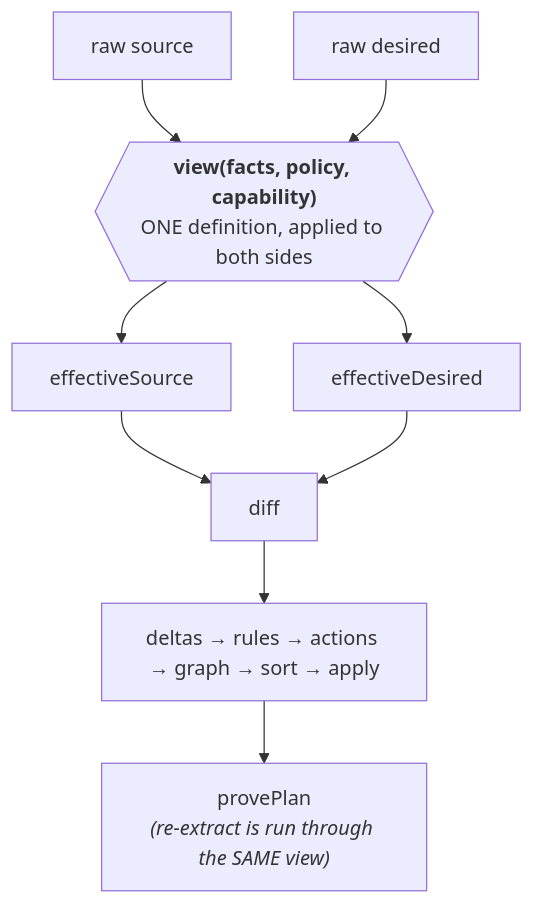
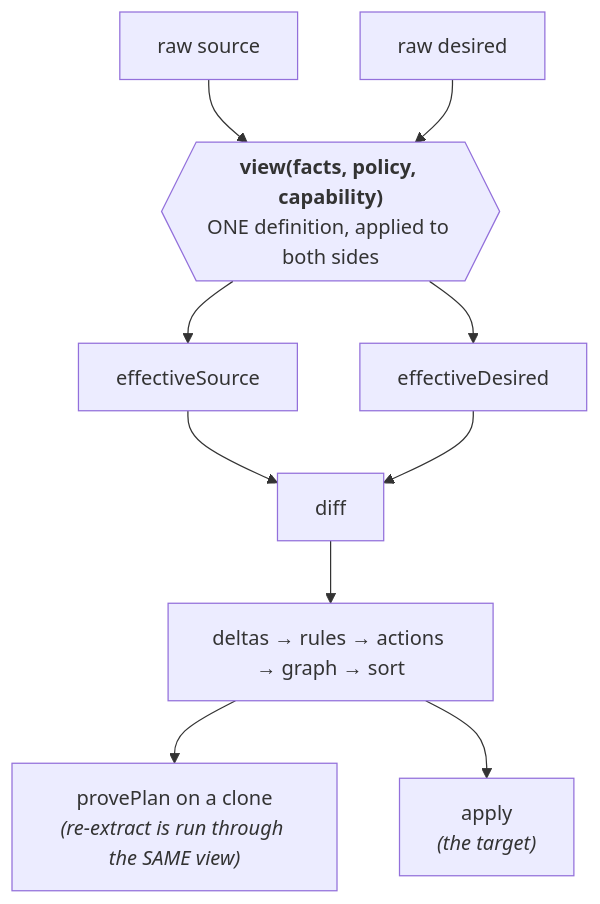
The diagram in docs/architecture/managed-view-architecture.md (supabase/pg-delta), drawn with Mermaid before and after one commit. The commit also changed 2 other files, not shown here.

Commit message:
docs(pg-delta): address Codex review on diagram semantics and vault wording
- managed-view diagram: prove and apply branch separately from the
  ordered plan (the flowchart previously read as apply-then-prove).
- extension-intent diagram: a saved snapshot is already a serialized
  fact base, so it joins the fact base directly instead of routing
  through extract/handler capture.
- getting-started: the raw profile's vault handler provides extension
  presence plus best-effort plan warnings; secret state is never read
  or captured (previous wording overclaimed detection).

Claude-Session: https://claude.ai/code/session_01QChKmcrCBQFYmwCmzXvvTD

````diff
--- a/docs/architecture/managed-view-architecture.md
+++ b/docs/architecture/managed-view-architecture.md
@@ -26,12 +26,13 @@
 ```mermaid
 flowchart TB
     RAWS["raw source"] --> VIEW
     RAWD["raw desired"] --> VIEW
     VIEW{{"<b>view(facts, policy, capability)</b><br/>ONE definition, applied to both sides"}}
     VIEW --> EFFS["effectiveSource"]
     VIEW --> EFFD["effectiveDesired"]
     EFFS --> DIFF["diff"]
     EFFD --> DIFF
-    DIFF --> CHAIN["deltas → rules → actions → graph → sort → apply"]
-    CHAIN --> PROVE["provePlan<br/><i>(re-extract is run through the SAME view)</i>"]
+    DIFF --> CHAIN["deltas → rules → actions → graph → sort"]
+    CHAIN --> PROVE["provePlan on a clone<br/><i>(re-extract is run through the SAME view)</i>"]
+    CHAIN --> APPLY["apply<br/><i>(the target)</i>"]
 ```
````
